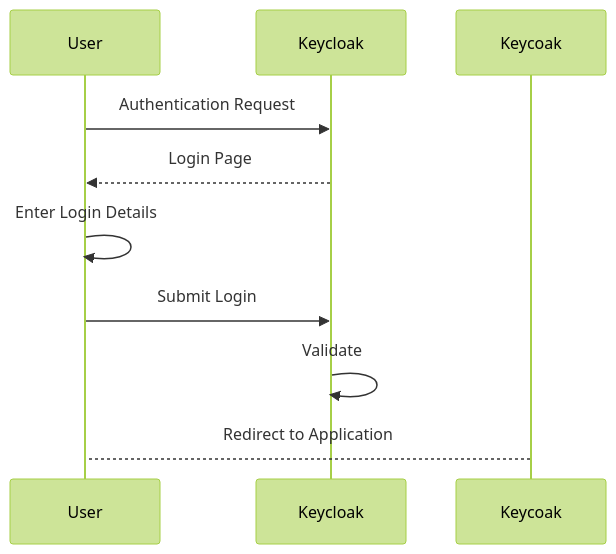
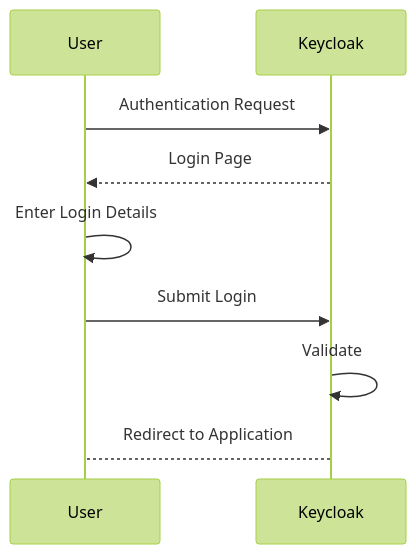
One commit to HoangTu97/McMenu changed the first of 3 diagrams in README.md. Above: the diagram before and after it, drawn with Mermaid (forest theme).

Commit message:
fix bug sequence diagram in login flow

````diff
--- a/README.md
+++ b/README.md
@@ -17,9 +17,9 @@
 ```mermaid
 sequenceDiagram
     User ->> Keycloak: Authentication Request
     Keycloak -->> User: Login Page
     User ->> User: Enter Login Details
     User ->> Keycloak: Submit Login
     Keycloak ->> Keycloak: Validate
-    Keycoak --> User: Redirect to Application
+    Keycloak --> User: Redirect to Application
 ```
````
